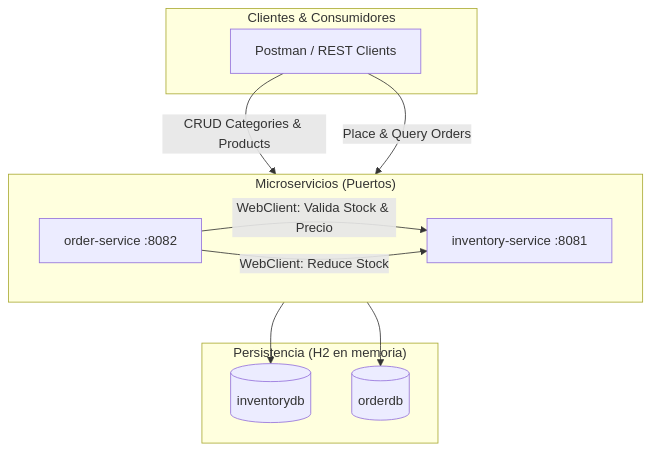
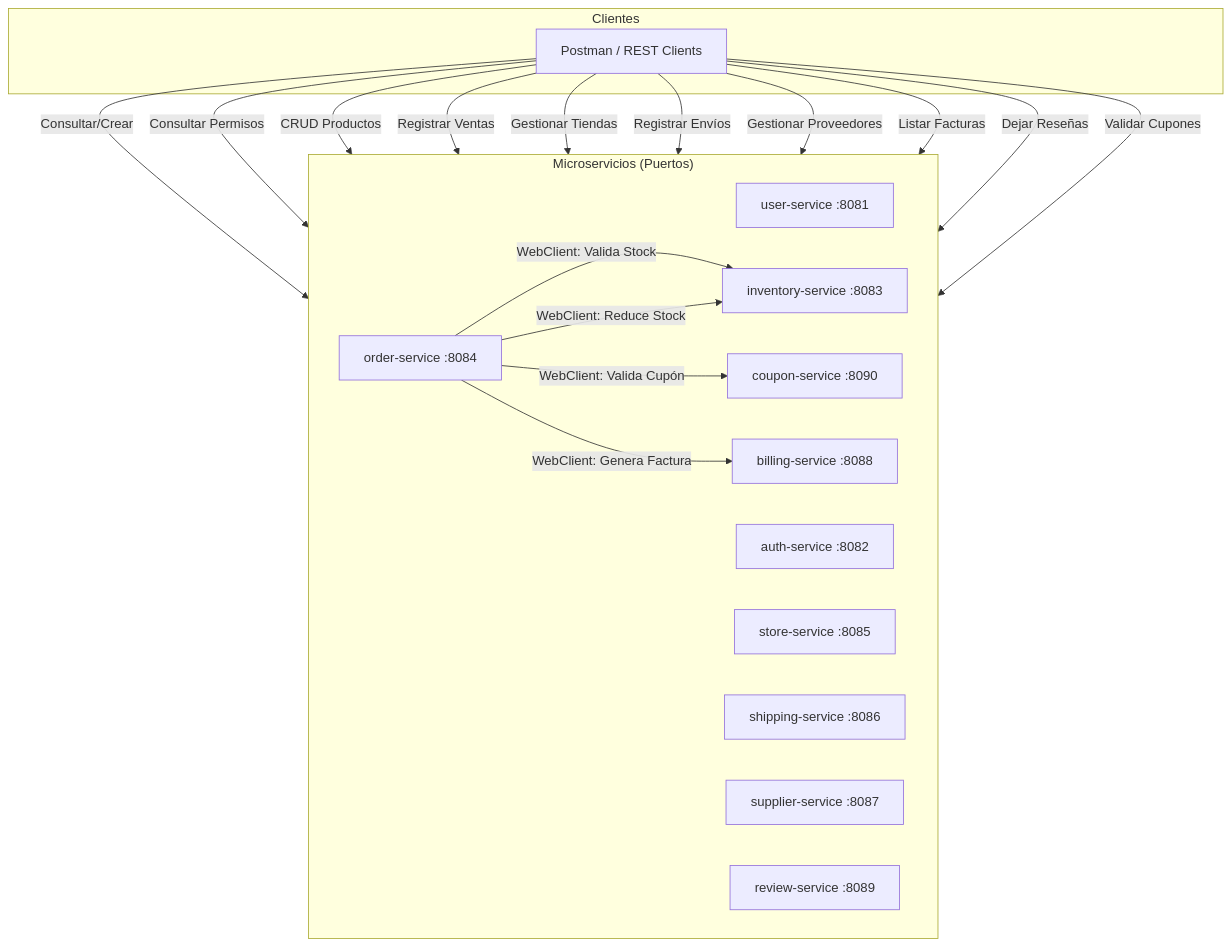
The diagram in README.md (Lukkyuu/fullstack1-ecomarket), drawn with Mermaid before and after one commit. The commit also changed other lines of this file and 140 other files, not shown here.

````diff
--- a/README.md
+++ b/README.md
@@ -16,25 +16,36 @@
 ```mermaid
 graph TD
-    subgraph "Clientes & Consumidores"
+    subgraph "Clientes"
         Postman[Postman / REST Clients]
     end
 
     subgraph "Microservicios (Puertos)"
         direction LR
-        InventoryService[inventory-service :8081]
-        OrderService[order-service :8082]
+        UserService[user-service :8081]
+        AuthService[auth-service :8082]
+        InventoryService[inventory-service :8083]
+        OrderService[order-service :8084]
+        StoreService[store-service :8085]
+        ShippingService[shipping-service :8086]
+        SupplierService[supplier-service :8087]
+        BillingService[billing-service :8088]
+        ReviewService[review-service :8089]
+        CouponService[coupon-service :8090]
     end
 
-    subgraph "Persistencia (H2 en memoria)"
-        DB_Inv[(inventorydb)]
-        DB_Ord[(orderdb)]
-    end
+    Postman -->|Consultar/Crear| UserService
+    Postman -->|Consultar Permisos| AuthService
+    Postman -->|CRUD Productos| InventoryService
+    Postman -->|Registrar Ventas| OrderService
+    Postman -->|Gestionar Tiendas| StoreService
+    Postman -->|Registrar Envíos| ShippingService
+    Postman -->|Gestionar Proveedores| SupplierService
+    Postman -->|Listar Facturas| BillingService
+    Postman -->|Dejar Reseñas| ReviewService
+    Postman -->|Validar Cupones| CouponService
 
-    Postman -->|CRUD Categories & Products| InventoryService
-    Postman -->|Place & Query Orders| OrderService
-    OrderService -->|WebClient: Valida Stock & Precio| InventoryService
+    OrderService -->|WebClient: Valida Stock| InventoryService
     OrderService -->|WebClient: Reduce Stock| InventoryService
-
-    InventoryService --> DB_Inv
-    OrderService --> DB_Ord
+    OrderService -->|WebClient: Valida Cupón| CouponService
+    OrderService -->|WebClient: Genera Factura| BillingService
 ```
````
